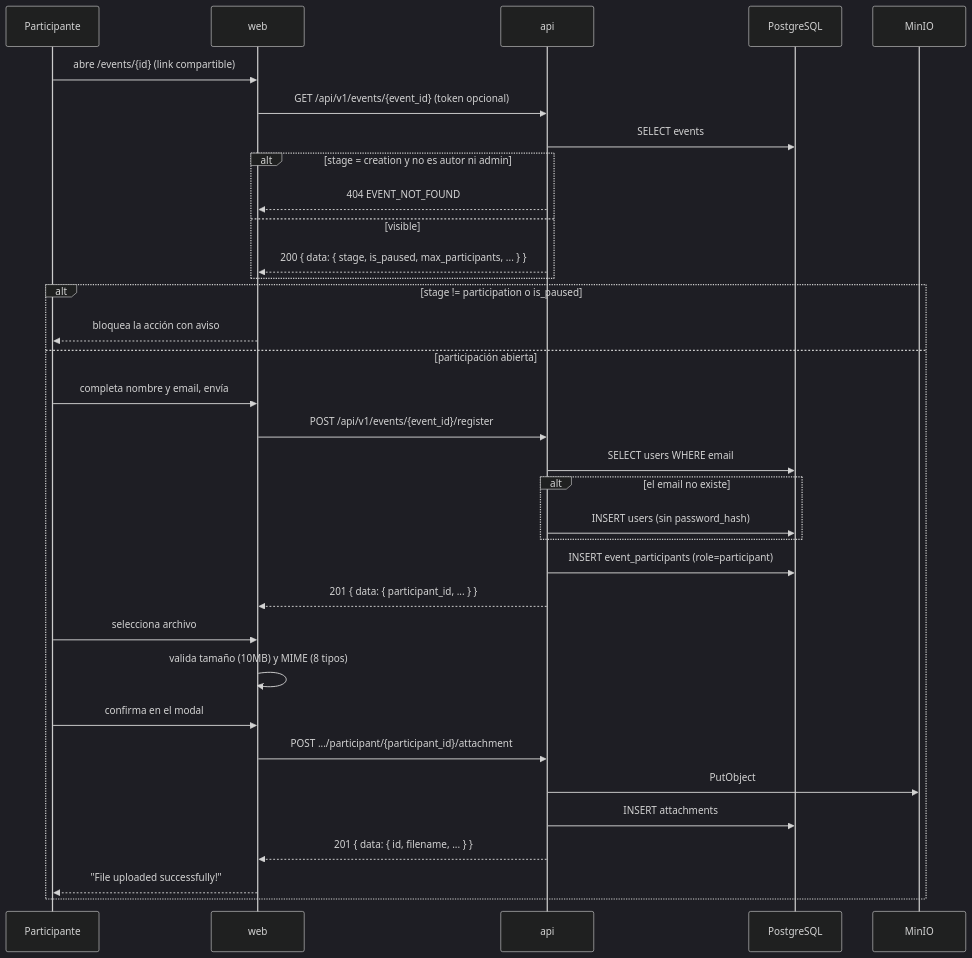
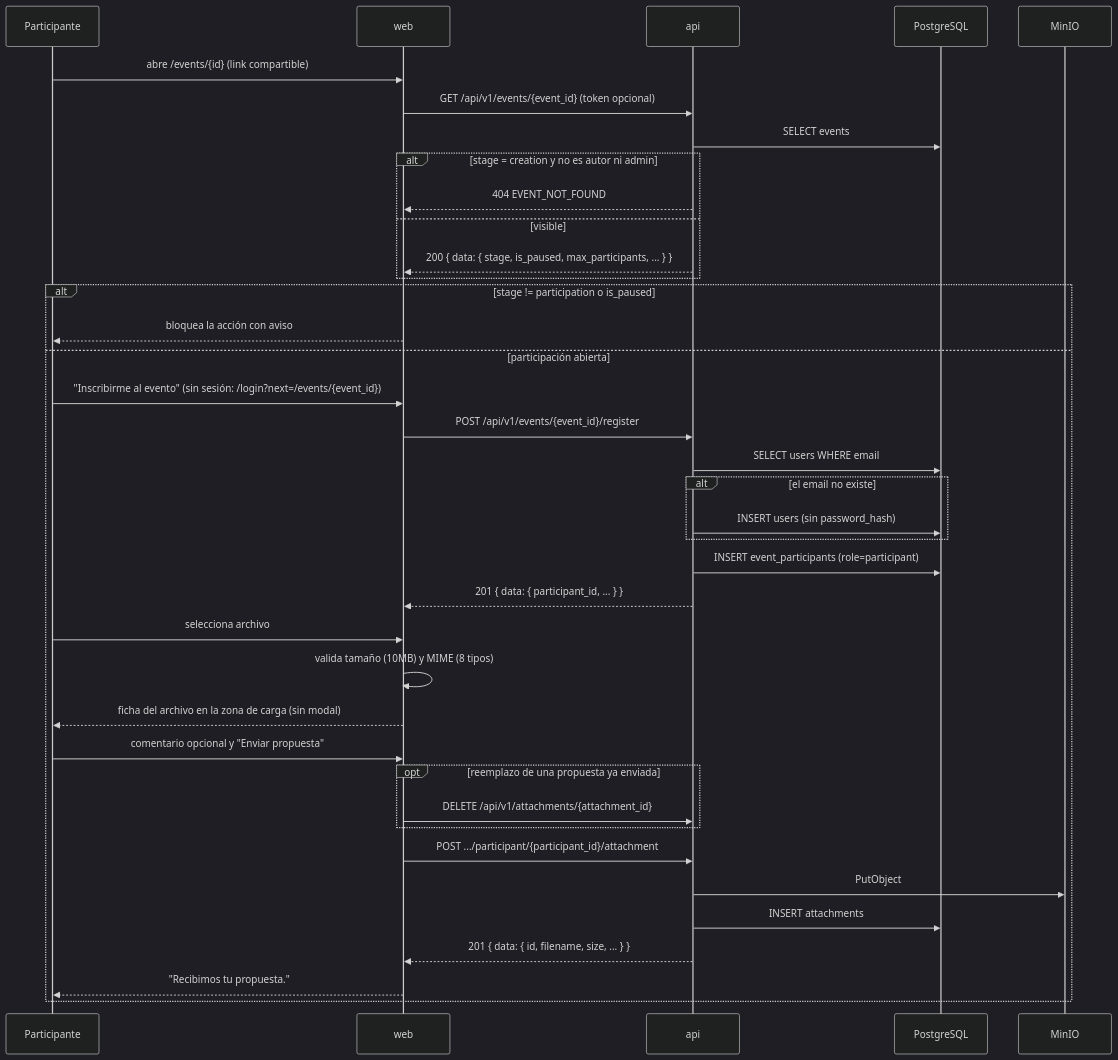
Before and after one commit to gravadigital/telescope: the diagram in docs/flows/registro-y-carga-de-propuesta.md, drawn with Mermaid (dark theme). The commit also changed other lines of this file and 62 other files, not shown here.

First line of the commit message:
feat(story-S-015/web): detalle del evento, propuesta, compartir y resultados

````diff
--- a/docs/flows/registro-y-carga-de-propuesta.md
+++ b/docs/flows/registro-y-carga-de-propuesta.md
@@ -56,39 +54,43 @@
 ```mermaid
 sequenceDiagram
     participant U as Participante
     participant WEB as web
     participant API as api
     participant DB as PostgreSQL
     participant S3 as MinIO
 
     U->>WEB: abre /events/{id} (link compartible)
     WEB->>API: GET /api/v1/events/{event_id} (token opcional)
     API->>DB: SELECT events
     alt stage = creation y no es autor ni admin
         API-->>WEB: 404 EVENT_NOT_FOUND
     else visible
         API-->>WEB: 200 { data: { stage, is_paused, max_participants, ... } }
     end
 
     alt stage != participation o is_paused
         WEB-->>U: bloquea la acción con aviso
     else participación abierta
-        U->>WEB: completa nombre y email, envía
+        U->>WEB: "Inscribirme al evento" (sin sesión: /login?next=/events/{event_id})
         WEB->>API: POST /api/v1/events/{event_id}/register
         API->>DB: SELECT users WHERE email
         alt el email no existe
             API->>DB: INSERT users (sin password_hash)
         end
         API->>DB: INSERT event_participants (role=participant)
         API-->>WEB: 201 { data: { participant_id, ... } }
 
         U->>WEB: selecciona archivo
         WEB->>WEB: valida tamaño (10MB) y MIME (8 tipos)
-        U->>WEB: confirma en el modal
+        WEB-->>U: ficha del archivo en la zona de carga (sin modal)
+        U->>WEB: comentario opcional y "Enviar propuesta"
+        opt reemplazo de una propuesta ya enviada
+            WEB->>API: DELETE /api/v1/attachments/{attachment_id}
+        end
         WEB->>API: POST .../participant/{participant_id}/attachment
         API->>S3: PutObject
         API->>DB: INSERT attachments
-        API-->>WEB: 201 { data: { id, filename, ... } }
-        WEB-->>U: "File uploaded successfully!"
+        API-->>WEB: 201 { data: { id, filename, size, ... } }
+        WEB-->>U: "Recibimos tu propuesta."
     end
 ```
````
